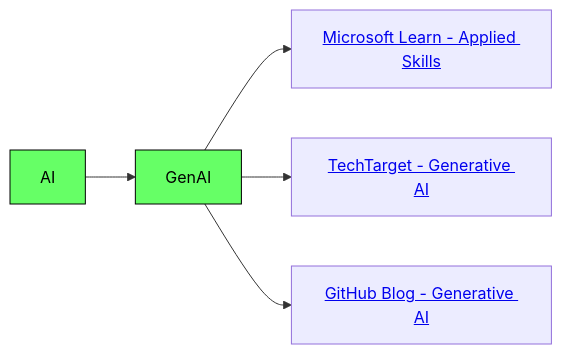
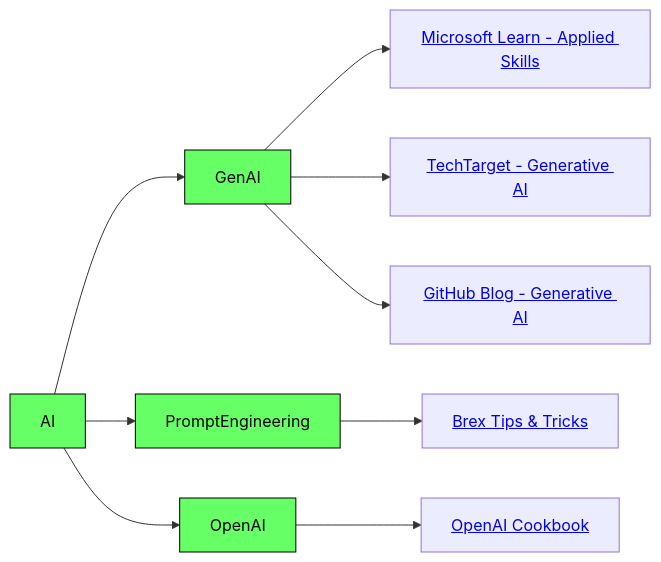
The fifth of 5 diagrams in README.md (NexusInnovation/nexus.knowledgebase), drawn with Mermaid before and after one commit. The commit also changed other lines of this file, not shown here.

Commit message:
Update README.md with some AI resources

````diff
--- a/README.md
+++ b/README.md
@@ -266,15 +266,21 @@
 ```mermaid
   graph LR
     AI["AI"]  
 
     AI --> GenAI  
     GenAI --> GenAISkills["<a href='https://learn.microsoft.com/en-us/credentials/browse/?credential_types=applied%20skills&roles=ai-engineer'>Microsoft Learn - Applied Skills</a>"]  
     GenAI --> GenAITheory["<a href='https://www.techtarget.com/searchenterpriseai/definition/generative-AI'>TechTarget - Generative AI</a>"]  
     GenAI --> GenAIGitHub["<a href='https://github.blog/2023-04-07-what-developers-need-to-know-about-generative-ai/'>GitHub Blog - Generative AI</a>"]
 
+    AI --> PromptEngineering
+    PromptEngineering --> Tips&Tricks["<a href='https://github.com/brexhq/prompt-engineering?tab=readme-ov-file'>Brex Tips & Tricks"]
+
+    AI --> OpenAI
+    OpenAI --> Cookbook["<a href='https://github.com/openai/openai-cookbook/tree/main'>OpenAI Cookbook"]
+
     classDef redNodes fill:#F66,stroke:#000,color:#000;
     classDef yellowNodes fill:#FFEF80,stroke:#000,color:#000;
     classDef greenNodes fill:#66FF66,stroke:#000,color:#000;
 
-    class AI,GenAI greenNodes;
+    class AI,GenAI,PromptEngineering,OpenAI, greenNodes;
 ```
````
